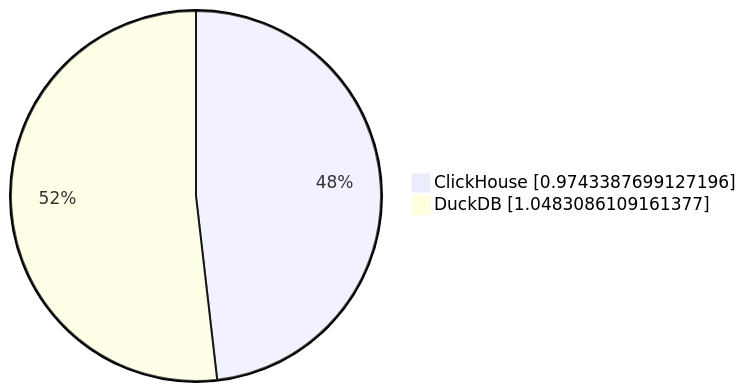
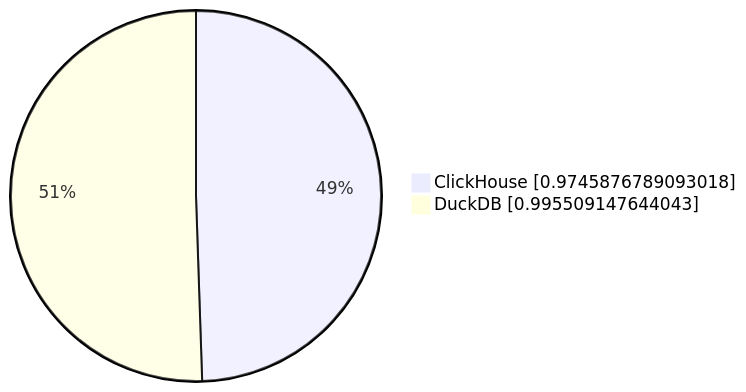
Diagram 16 of 19 in parquet/performance/results/hits/23.11.1.2711-alpine/README.md (Altinity/clickhouse-regression), drawn with Mermaid before and after one commit. The commit also changed other lines of this file and 8 other files, not shown here.

````diff
--- a/parquet/performance/results/hits/23.11.1.2711-alpine/README.md
+++ b/parquet/performance/results/hits/23.11.1.2711-alpine/README.md
@@ -160,5 +160,5 @@
 ```mermaid
      pie showData
-         "ClickHouse" : 0.9743387699127196
-         "DuckDB" : 1.0483086109161377
+         "ClickHouse" : 0.9745876789093018
+         "DuckDB" : 0.995509147644043
 ```
````
